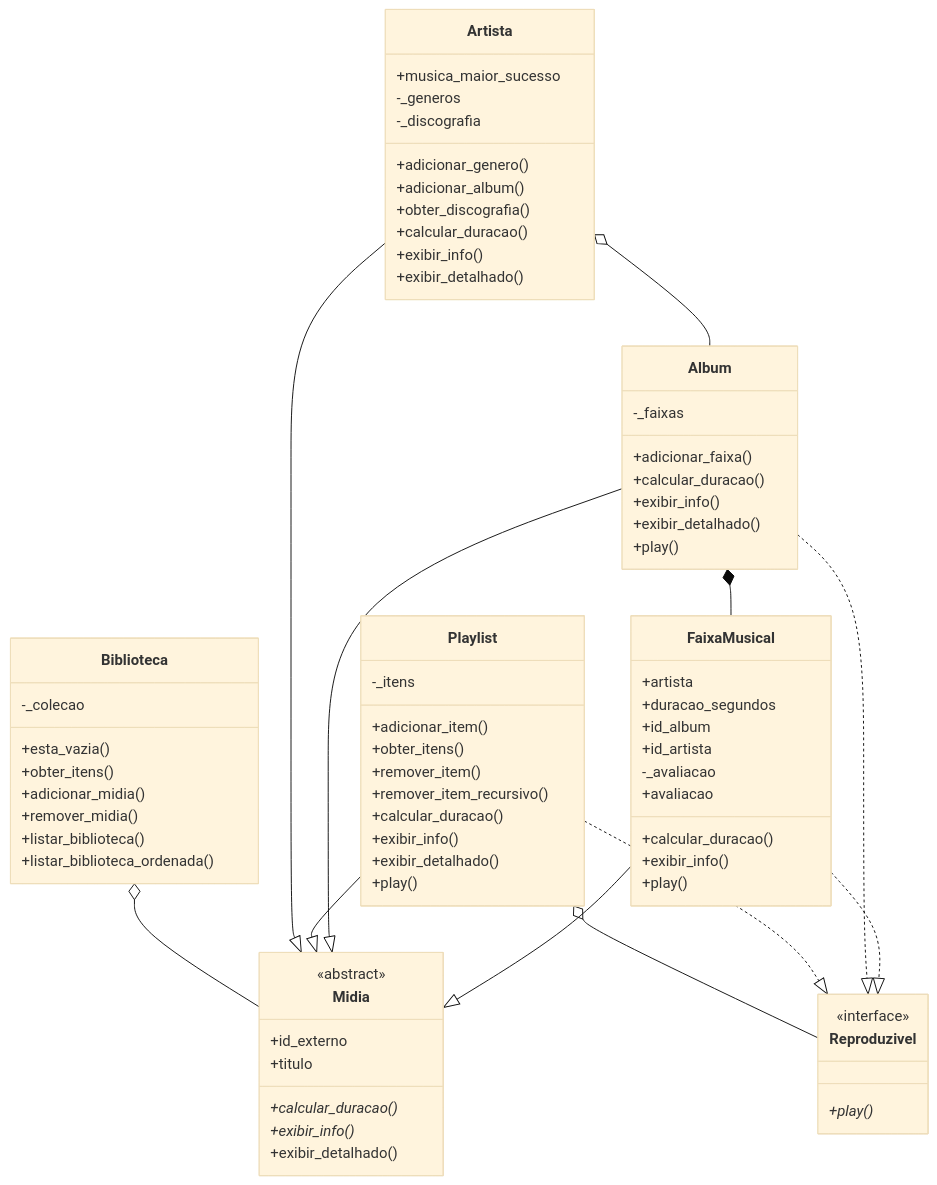
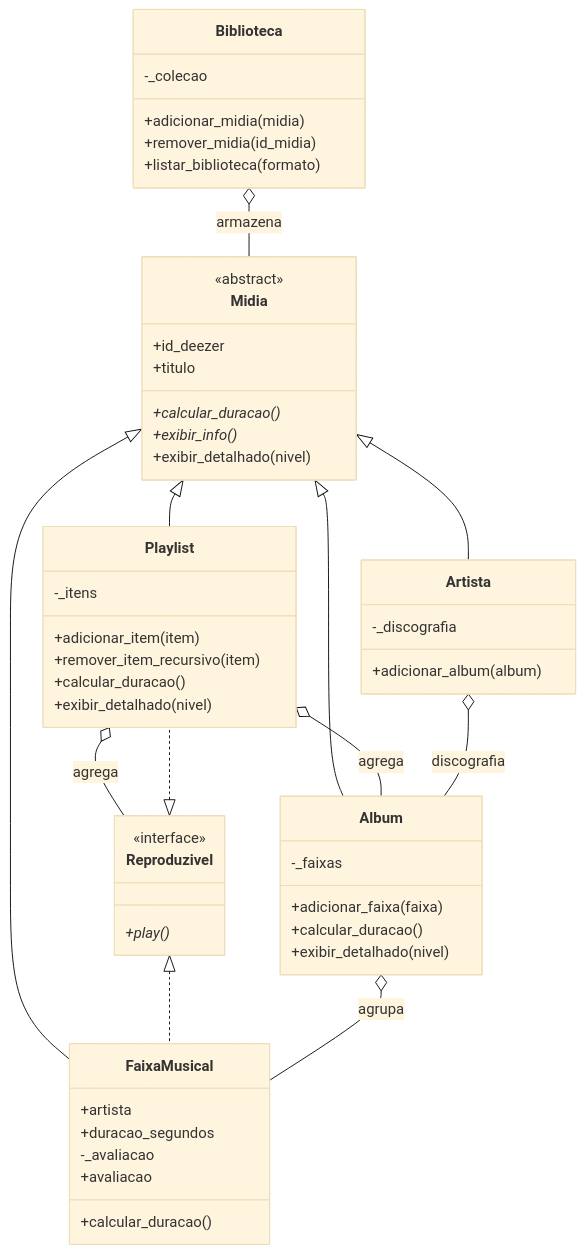
The first of 3 diagrams in README.md (Lucas-GBueno/Projeto-Software-2026.2), drawn with Mermaid (base theme) before and after one commit. The commit also changed other lines of this file and 32 other files, not shown here.

````diff
--- a/README.md
+++ b/README.md
@@ -27,78 +413,57 @@
 ```mermaid
 classDiagram
+    direction TB
     class Midia {
         <<abstract>>
-        +id_externo
+        +id_deezer
         +titulo
         +calcular_duracao()*
         +exibir_info()*
-        +exibir_detalhado()
+        +exibir_detalhado(nivel)
     }
     class Reproduzivel {
         <<interface>>
         +play()*
     }
     class FaixaMusical {
         +artista
         +duracao_segundos
-        +id_album
-        +id_artista
         -_avaliacao
         +avaliacao
         +calcular_duracao()
-        +exibir_info()
-        +play()
     }
     class Album {
         -_faixas
-        +adicionar_faixa()
+        +adicionar_faixa(faixa)
         +calcular_duracao()
-        +exibir_info()
-        +exibir_detalhado()
-        +play()
+        +exibir_detalhado(nivel)
     }
     class Playlist {
         -_itens
-        +adicionar_item()
-        +obter_itens()
-        +remover_item()
-        +remover_item_recursivo()
+        +adicionar_item(item)
+        +remover_item_recursivo(item)
         +calcular_duracao()
-        +exibir_info()
-        +exibir_detalhado()
-        +play()
+        +exibir_detalhado(nivel)
     }
     class Artista {
-        +musica_maior_sucesso
-        -_generos
         -_discografia
-        +adicionar_genero()
-        +adicionar_album()
-        +obter_discografia()
-        +calcular_duracao()
-        +exibir_info()
-        +exibir_detalhado()
+        +adicionar_album(album)
     }
     class Biblioteca {
         -_colecao
-        +esta_vazia()
-        +obter_itens()
-        +adicionar_midia()
-        +remover_midia()
-        +listar_biblioteca()
-        +listar_biblioteca_ordenada()
+        +adicionar_midia(midia)
+        +remover_midia(id_midia)
+        +listar_biblioteca(formato)
     }
-
-    FaixaMusical --|> Midia
-    Album --|> Midia
-    Playlist --|> Midia
-    Artista --|> Midia
-    FaixaMusical ..|> Reproduzivel
-    Album ..|> Reproduzivel
-    Playlist ..|> Reproduzivel
-
-    Album *-- FaixaMusical
-    Playlist o-- Reproduzivel
-    Artista o-- Album
-    Biblioteca o-- Midia
+    Midia <|-- FaixaMusical
+    Midia <|-- Album
+    Midia <|-- Playlist
+    Midia <|-- Artista
+    Reproduzivel <|.. FaixaMusical
+    Reproduzivel <|.. Playlist
+    Album o-- FaixaMusical : agrupa
+    Playlist o-- Reproduzivel : agrega
+    Playlist o-- Album : agrega
+    Artista o-- Album : discografia
+    Biblioteca o-- Midia : armazena
 ```
````
